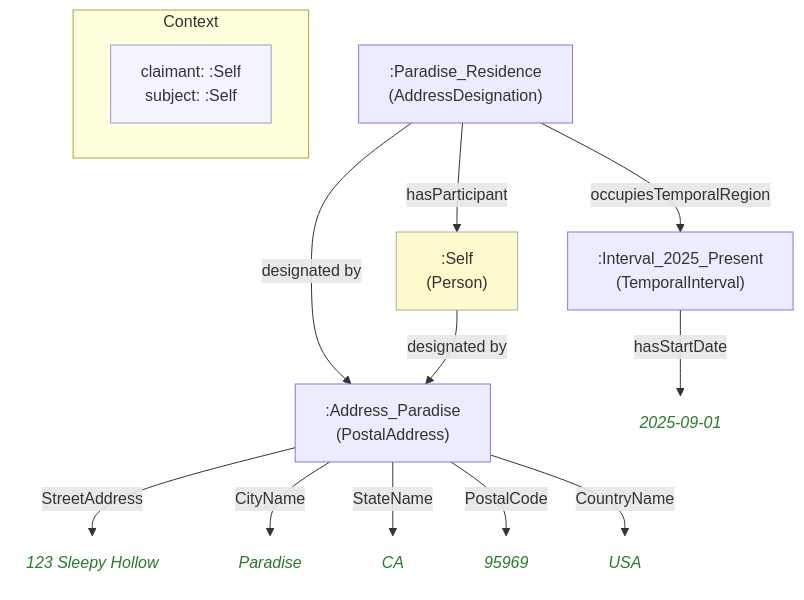
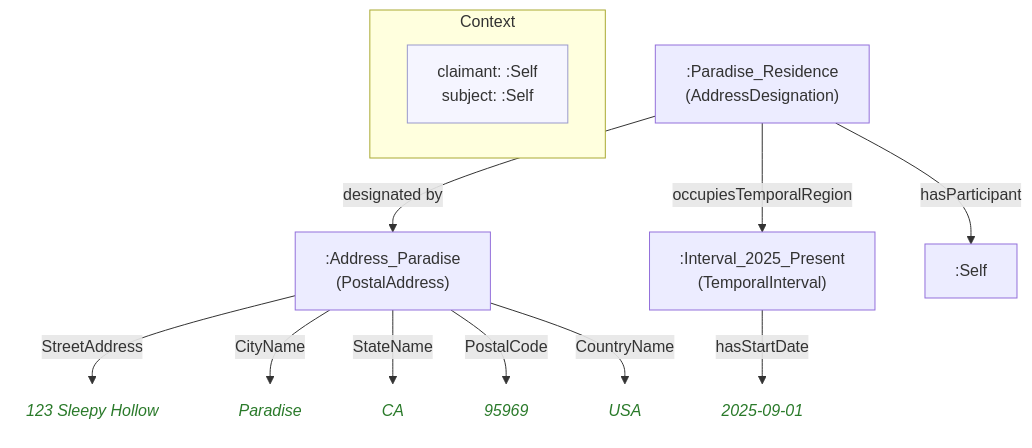
Before and after one commit to MeeFoundation/mia-ontologies: the diagram in example/contexts/images/self.self(paradise)(municipality)(18).mmd, drawn with Mermaid. The commit also changed 62 other files, not shown here.

```diff
--- a/example/contexts/images/self.self(paradise)(municipality)(18).mmd
+++ b/example/contexts/images/self.self(paradise)(municipality)(18).mmd
@@ -1,33 +1,32 @@
 flowchart TD
     classDef person fill:#fffacd,stroke:#aaa,color:#333
     classDef grp    fill:#d4edda,stroke:#aaa,color:#333
     classDef org    fill:#cce5ff,stroke:#aaa,color:#333
     classDef lit    fill:none,stroke:none,font-style:italic,color:#2a7a2a
     classDef meta   fill:#f5f5ff,stroke:#9999cc,color:#333
 
     subgraph ctx["Context"]
         direction LR
         ctx_meta["claimant: :Self\nsubject: :Self"]:::meta
     end
 
     ndbcf44a48000[":Address_Paradise\n(PostalAddress)"]
-    nf1567571f550("123 Sleepy Hollow"):::lit
-    n59d5d62258e9("Paradise"):::lit
-    n903ccb95f229("CA"):::lit
-    n17739023279d("95969"):::lit
-    n497635b0cf8e("USA"):::lit
+    n791bdbfca93d("123 Sleepy Hollow"):::lit
+    nc94d1218f27d("Paradise"):::lit
+    nf7a3f8b9e806("CA"):::lit
+    na39f8be5a824("95969"):::lit
+    nf504ba08fc4e("USA"):::lit
     naf26563dc3c8[":Interval_2025_Present\n(TemporalInterval)"]
     n8987ca649e35("2025-09-01"):::lit
     n0eecd6ebe039[":Paradise_Residence\n(AddressDesignation)"]
-    ne0c3ba92f1db[":Self\n(Person)"]:::person
+    n89768dce3f8b[":Self"]
 
-    ndbcf44a48000 -->|"StreetAddress"| nf1567571f550
-    ndbcf44a48000 -->|"CityName"| n59d5d62258e9
-    ndbcf44a48000 -->|"StateName"| n903ccb95f229
-    ndbcf44a48000 -->|"PostalCode"| n17739023279d
-    ndbcf44a48000 -->|"CountryName"| n497635b0cf8e
+    ndbcf44a48000 -->|"StreetAddress"| n791bdbfca93d
+    ndbcf44a48000 -->|"CityName"| nc94d1218f27d
+    ndbcf44a48000 -->|"StateName"| nf7a3f8b9e806
+    ndbcf44a48000 -->|"PostalCode"| na39f8be5a824
+    ndbcf44a48000 -->|"CountryName"| nf504ba08fc4e
     naf26563dc3c8 -->|"hasStartDate"| n8987ca649e35
-    n0eecd6ebe039 -->|"hasParticipant"| ne0c3ba92f1db
+    n0eecd6ebe039 -->|"hasParticipant"| n89768dce3f8b
     n0eecd6ebe039 -->|"designated by"| ndbcf44a48000
     n0eecd6ebe039 -->|"occupiesTemporalRegion"| naf26563dc3c8
-    ne0c3ba92f1db -->|"designated by"| ndbcf44a48000
```
